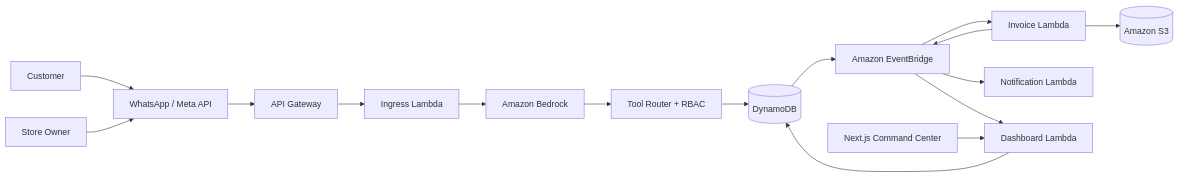
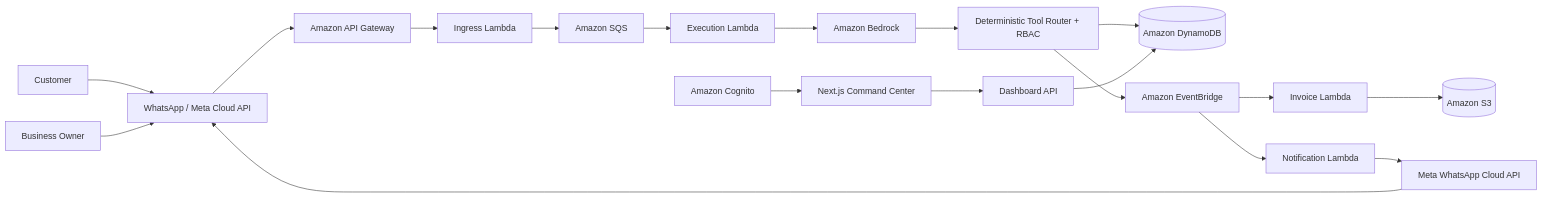
Before and after one commit to RishvinReddy/wbos-first-commit: the diagram in README.md, drawn with Mermaid. The commit also changed other lines of this file, not shown here.

Commit message:
docs: align README with live AWS architecture

````diff
--- a/README.md
+++ b/README.md
@@ -30,36 +134,54 @@
 ```mermaid
 flowchart LR
+
     Customer[Customer]
-    Owner[Store Owner]
+    Owner[Business Owner]
 
-    WhatsApp[WhatsApp / Meta API]
-    API[API Gateway]
+    WhatsApp[WhatsApp / Meta Cloud API]
+    API[Amazon API Gateway]
+
     Ingress[Ingress Lambda]
+    Queue[Amazon SQS]
+    Execution[Execution Lambda]
+
     Bedrock[Amazon Bedrock]
-    Router[Tool Router + RBAC]
-    DB[(DynamoDB)]
-    EB[Amazon EventBridge]
+    Router[Deterministic Tool Router + RBAC]
+
+    DB[(Amazon DynamoDB)]
+    Events[Amazon EventBridge]
+
     Invoice[Invoice Lambda]
     S3[(Amazon S3)]
+
     Notify[Notification Lambda]
+    Meta[Meta WhatsApp Cloud API]
+
     Dashboard[Next.js Command Center]
-    DashboardAPI[Dashboard Lambda]
+    Auth[Amazon Cognito]
+    DashboardAPI[Dashboard API]
 
     Customer --> WhatsApp
     Owner --> WhatsApp
+
     WhatsApp --> API
     API --> Ingress
-    Ingress --> Bedrock
+    Ingress --> Queue
+    Queue --> Execution
+
+    Execution --> Bedrock
     Bedrock --> Router
+
     Router --> DB
-    DB --> EB
+    Router --> Events
 
-    EB --> Invoice
+    Events --> Invoice
     Invoice --> S3
-    Invoice --> EB
-    EB --> Notify
 
-    EB --> DashboardAPI
+    Events --> Notify
+    Notify --> Meta
+    Meta --> WhatsApp
+
+    Auth --> Dashboard
     Dashboard --> DashboardAPI
     DashboardAPI --> DB
 ```
````
